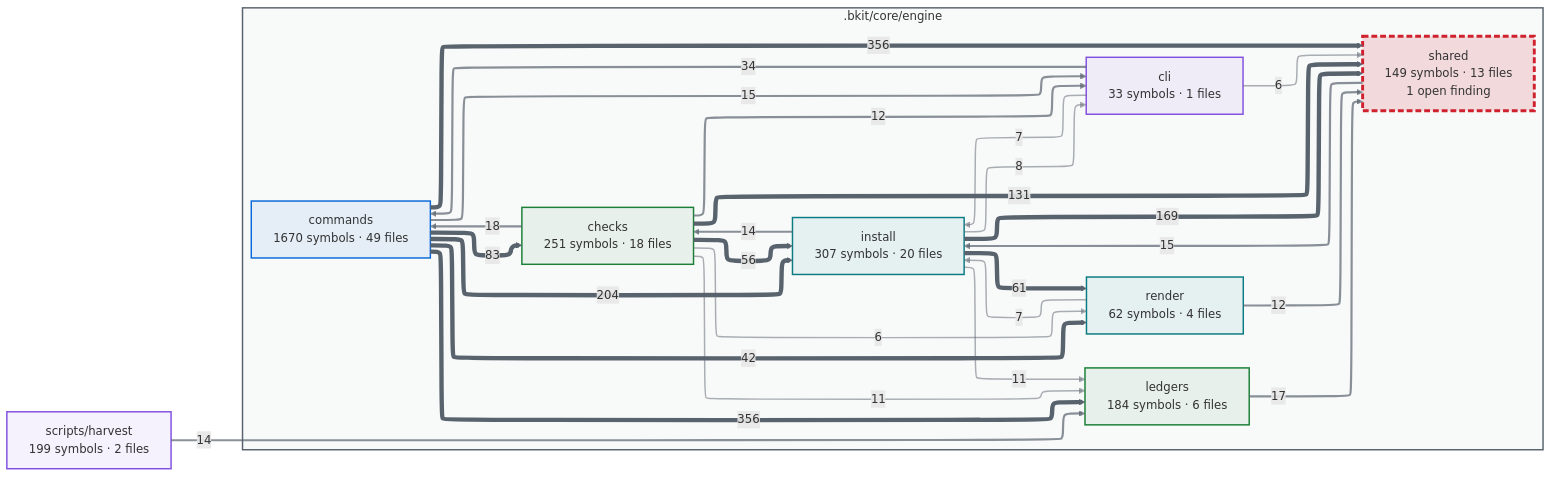
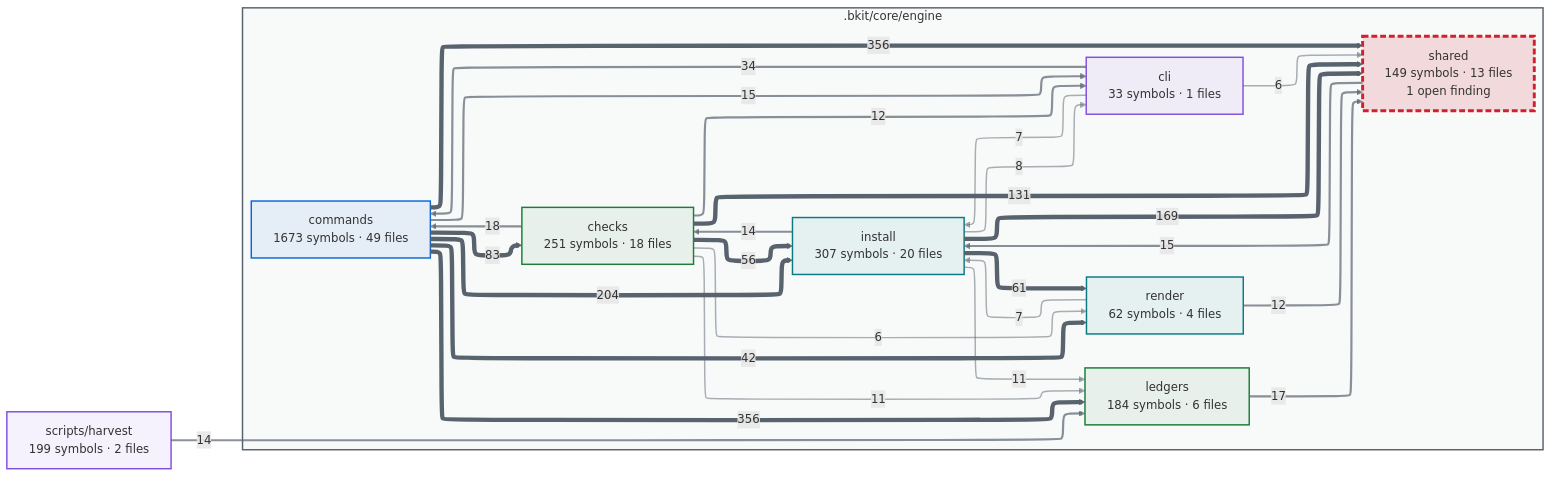
One commit to cbartens/bkit changed the first of 2 diagrams in docs/capabilities.md. Above: the diagram before and after it, drawn with Mermaid. The commit also changed other lines of this file and 24 other files, not shown here.

````diff
--- a/docs/capabilities.md
+++ b/docs/capabilities.md
@@ -154,80 +154,80 @@
 ```mermaid
 ---
 config:
   layout: elk
   themeCSS: "marker { overflow: visible; } marker path { transform: scale(1.8); transform-origin: 5px 5px; }"
   flowchart:
     useMaxWidth: false
 ---
 flowchart LR
   %% Generated by bkit-graphify-rollup.py — do not edit
   subgraph gn_bkit_core_engine[".bkit/core/engine"]
     n_bkit_core_engine_checks["checks<br/>251 symbols · 18 files"]
     n_bkit_core_engine_cli["cli<br/>33 symbols · 1 files"]
-    n_bkit_core_engine_commands["commands<br/>1670 symbols · 49 files"]
+    n_bkit_core_engine_commands["commands<br/>1673 symbols · 49 files"]
     n_bkit_core_engine_install["install<br/>307 symbols · 20 files"]
     n_bkit_core_engine_ledgers["ledgers<br/>184 symbols · 6 files"]
     n_bkit_core_engine_render["render<br/>62 symbols · 4 files"]
     n_bkit_core_engine_shared["shared<br/>149 symbols · 13 files<br/>1 open finding"]
   end
   nscripts_harvest["scripts/harvest<br/>199 symbols · 2 files"]
   n_bkit_core_engine_commands -->|356| n_bkit_core_engine_ledgers
   n_bkit_core_engine_commands -->|356| n_bkit_core_engine_shared
   n_bkit_core_engine_commands -->|204| n_bkit_core_engine_install
   n_bkit_core_engine_install -->|169| n_bkit_core_engine_shared
   n_bkit_core_engine_checks -->|131| n_bkit_core_engine_shared
   n_bkit_core_engine_commands -->|83| n_bkit_core_engine_checks
   n_bkit_core_engine_install -->|61| n_bkit_core_engine_render
   n_bkit_core_engine_checks -->|56| n_bkit_core_engine_install
   n_bkit_core_engine_commands -->|42| n_bkit_core_engine_render
   n_bkit_core_engine_cli -->|34| n_bkit_core_engine_commands
   n_bkit_core_engine_checks -->|18| n_bkit_core_engine_commands
   n_bkit_core_engine_ledgers -->|17| n_bkit_core_engine_shared
   n_bkit_core_engine_shared -->|15| n_bkit_core_engine_install
   n_bkit_core_engine_commands -->|15| n_bkit_core_engine_cli
   n_bkit_core_engine_install -->|14| n_bkit_core_engine_checks
   nscripts_harvest -->|14| n_bkit_core_engine_ledgers
   n_bkit_core_engine_checks -->|12| n_bkit_core_engine_cli
   n_bkit_core_engine_render -->|12| n_bkit_core_engine_shared
   n_bkit_core_engine_checks -->|11| n_bkit_core_engine_ledgers
   n_bkit_core_engine_install -->|11| n_bkit_core_engine_ledgers
   n_bkit_core_engine_install -->|8| n_bkit_core_engine_cli
   n_bkit_core_engine_cli -->|7| n_bkit_core_engine_install
   n_bkit_core_engine_render -->|7| n_bkit_core_engine_install
   n_bkit_core_engine_checks -->|6| n_bkit_core_engine_render
   n_bkit_core_engine_cli -->|6| n_bkit_core_engine_shared
   style gn_bkit_core_engine fill:#59636e0a,stroke:#59636e,stroke-width:2px
   style n_bkit_core_engine_checks stroke:#1a7f37,stroke-width:2px,fill:#1a7f3714
   style n_bkit_core_engine_cli stroke:#8250df,stroke-width:2px,fill:#8250df14
   style n_bkit_core_engine_commands stroke:#0969da,stroke-width:2px,fill:#0969da14
   style n_bkit_core_engine_install stroke:#0a7b83,stroke-width:2px,fill:#0a7b8314
   style n_bkit_core_engine_ledgers stroke:#1a7f37,stroke-width:2px,fill:#1a7f3714
   style n_bkit_core_engine_render stroke:#0a7b83,stroke-width:2px,fill:#0a7b8314
   style n_bkit_core_engine_shared stroke:#cf222e,stroke-width:4px,stroke-dasharray:8 4,fill:#cf222e26
   style nscripts_harvest stroke:#8250df,stroke-width:2px,fill:#8250df14
   linkStyle 0 stroke:#59636e,stroke-width:6px
   linkStyle 1 stroke:#59636e,stroke-width:6px
   linkStyle 2 stroke:#59636e,stroke-width:6px
   linkStyle 3 stroke:#59636e,stroke-width:6px
   linkStyle 4 stroke:#59636e,stroke-width:6px
   linkStyle 5 stroke:#59636e,stroke-width:6px
   linkStyle 6 stroke:#59636e,stroke-width:6px
   linkStyle 7 stroke:#59636e,stroke-width:6px
   linkStyle 8 stroke:#59636e,stroke-width:6px
   linkStyle 9 stroke:#59636eb3,stroke-width:3px
   linkStyle 10 stroke:#59636eb3,stroke-width:3px
   linkStyle 11 stroke:#59636eb3,stroke-width:3px
   linkStyle 12 stroke:#59636eb3,stroke-width:3px
   linkStyle 13 stroke:#59636eb3,stroke-width:3px
   linkStyle 14 stroke:#59636eb3,stroke-width:3px
   linkStyle 15 stroke:#59636eb3,stroke-width:3px
   linkStyle 16 stroke:#59636eb3,stroke-width:3px
   linkStyle 17 stroke:#59636eb3,stroke-width:3px
   linkStyle 18 stroke:#59636e80,stroke-width:2px
   linkStyle 19 stroke:#59636e80,stroke-width:2px
   linkStyle 20 stroke:#59636e80,stroke-width:2px
   linkStyle 21 stroke:#59636e80,stroke-width:2px
   linkStyle 22 stroke:#59636e80,stroke-width:2px
   linkStyle 23 stroke:#59636e80,stroke-width:2px
   linkStyle 24 stroke:#59636e80,stroke-width:2px
 ```
````
